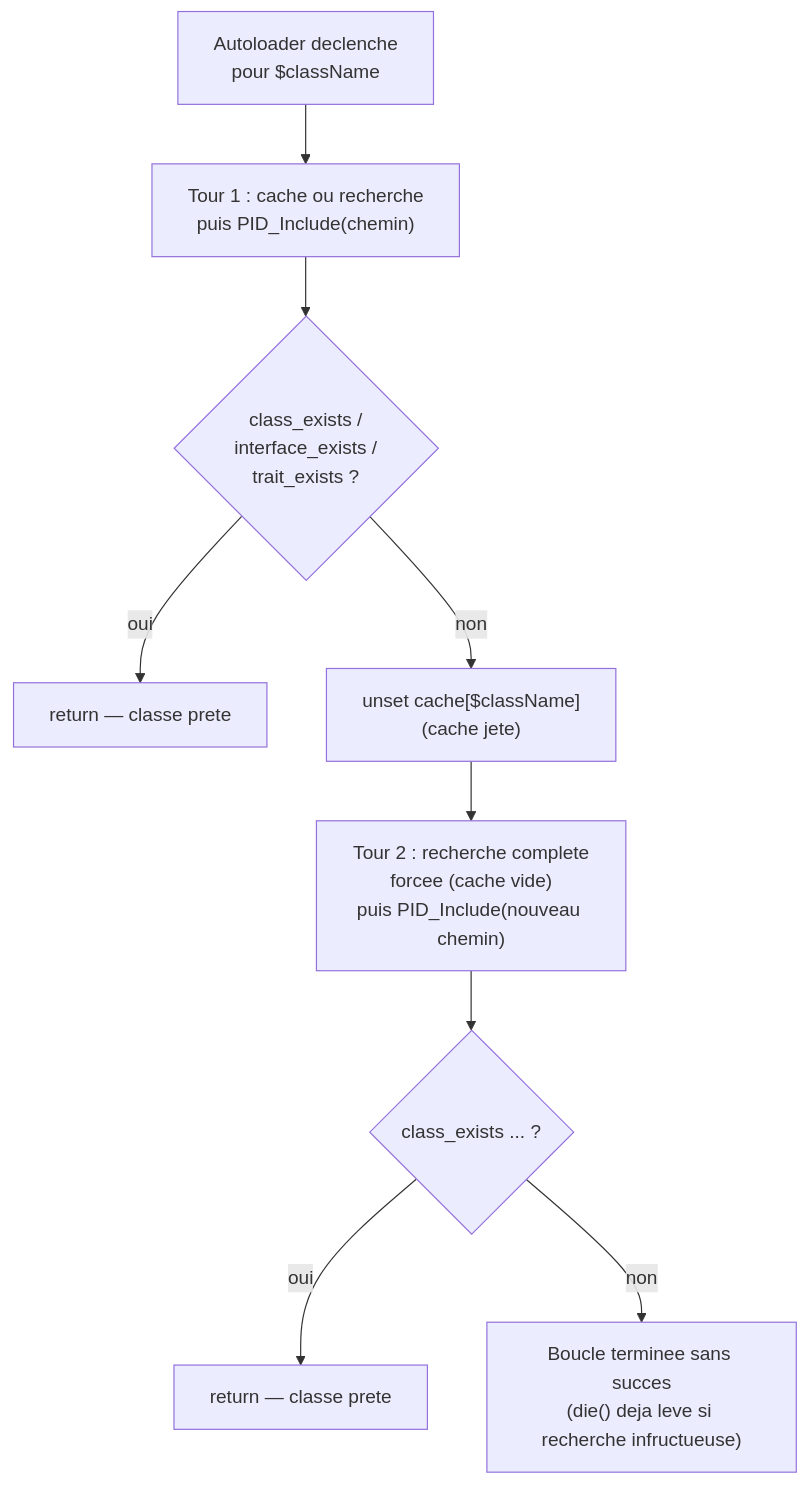
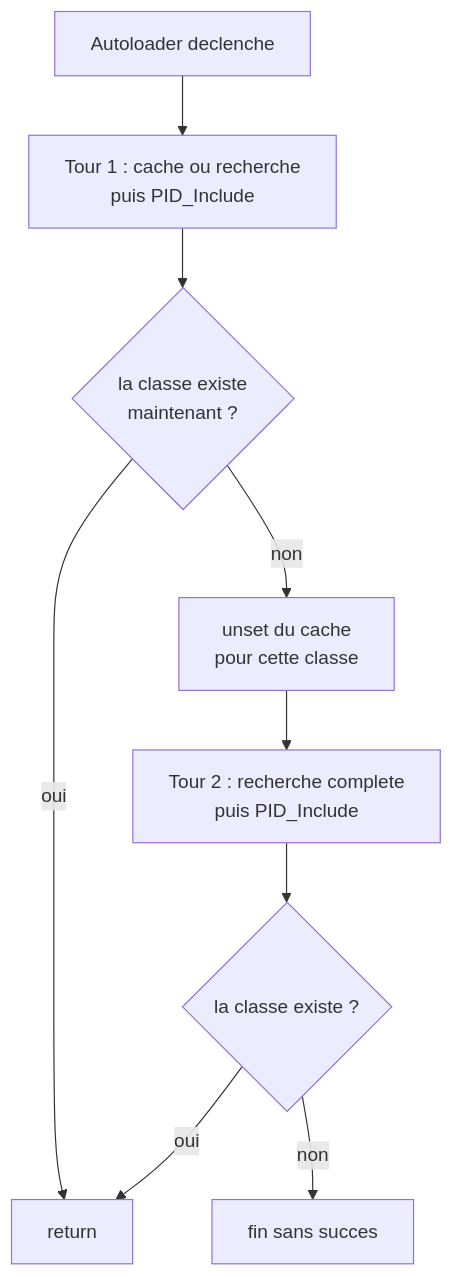
The diagram in docs/academique/Evolution de l'Autoloader — Boucle de Retry (0509 vers 1209).md (ernesthdj/PID), drawn with Mermaid before and after one commit. The commit also changed other lines of this file and 27 other files, not shown here.

````diff
--- a/docs/academique/Evolution de l'Autoloader — Boucle de Retry (0509 vers 1209).md
+++ b/docs/academique/Evolution de l'Autoloader — Boucle de Retry (0509 vers 1209).md
@@ -74,11 +20,11 @@
 ```mermaid
 flowchart TD
-    Start["Autoloader declenche<br/>pour $className"] --> Step0["Tour 1 : cache ou recherche<br/>puis PID_Include(chemin)"]
-    Step0 --> Check1{"class_exists /<br/>interface_exists /<br/>trait_exists ?"}
-    Check1 -- oui --> Done["return — classe prete"]
-    Check1 -- non --> Invalidate["unset cache[$className]<br/>(cache jete)"]
-    Invalidate --> Step1["Tour 2 : recherche complete<br/>forcee (cache vide)<br/>puis PID_Include(nouveau chemin)"]
-    Step1 --> Check2{"class_exists ... ?"}
-    Check2 -- oui --> Done2["return — classe prete"]
-    Check2 -- non --> Fail["Boucle terminee sans succes<br/>(die() deja leve si recherche infructueuse)"]
+    S["Autoloader declenche"] --> T1["Tour 1 : cache ou recherche<br/>puis PID_Include"]
+    T1 --> Q1{"la classe existe<br/>maintenant ?"}
+    Q1 -- oui --> R["return"]
+    Q1 -- non --> U["unset du cache<br/>pour cette classe"]
+    U --> T2["Tour 2 : recherche complete<br/>puis PID_Include"]
+    T2 --> Q2{"la classe existe ?"}
+    Q2 -- oui --> R
+    Q2 -- non --> F["fin sans succes"]
 ```
````
